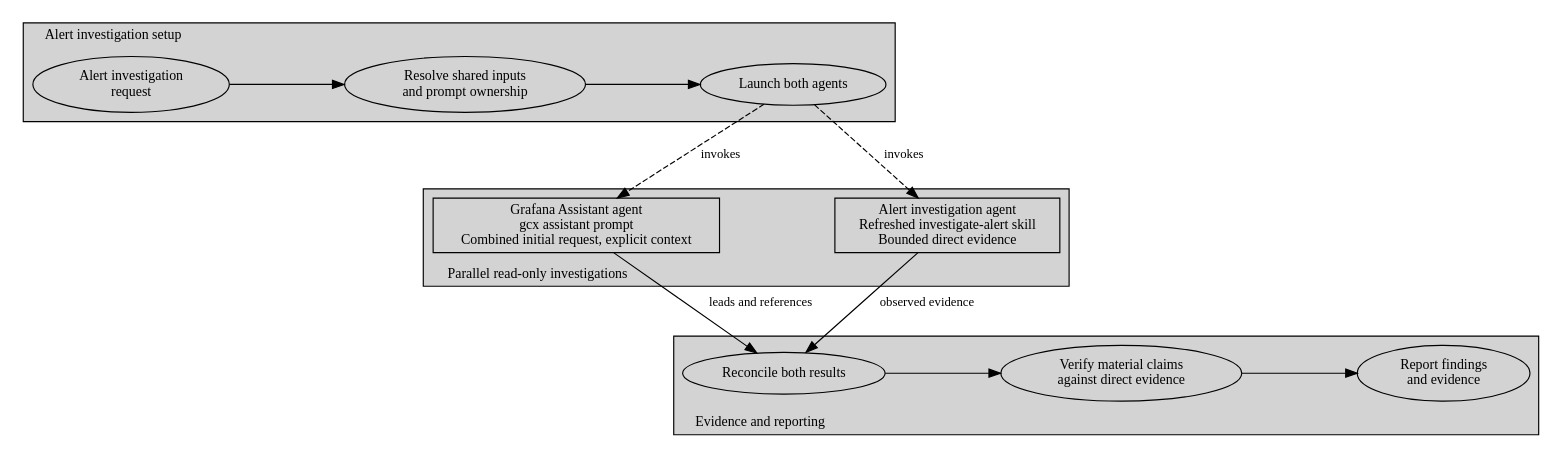
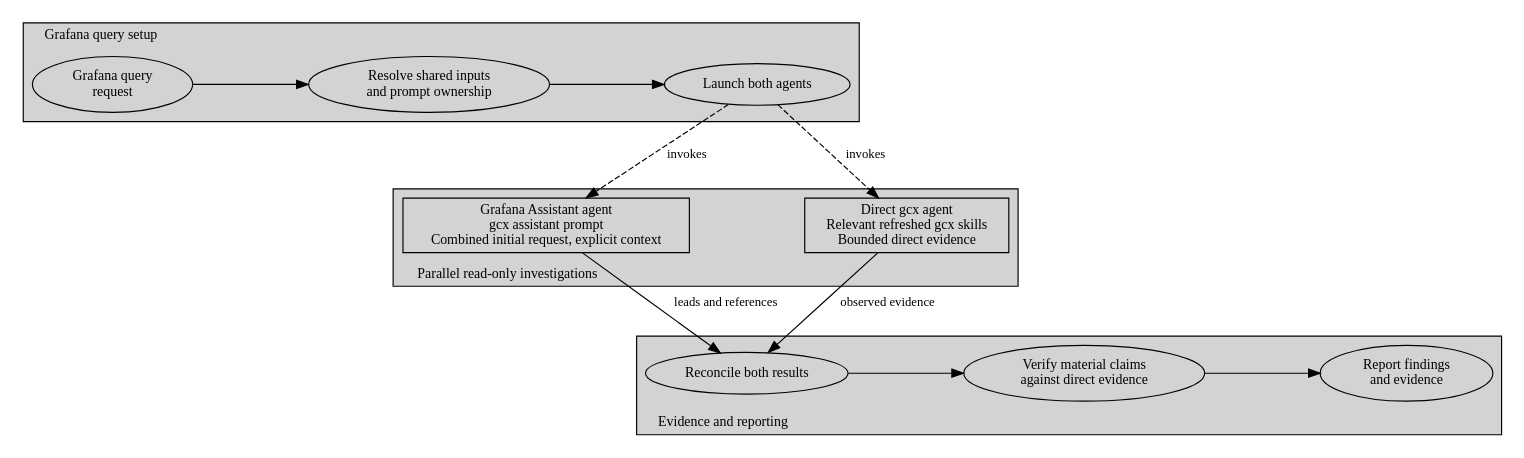
The diagram in diagrams/DIAGRAM-parallel-alert-investigation.dot (orenlion1/investigation-skills), drawn with Graphviz before and after one commit. The commit also changed 32 other files, not shown here.

Commit message:
feat: generalize parallel investigations to all Grafana queries (#66)

```diff
--- a/diagrams/DIAGRAM-parallel-alert-investigation.dot
+++ b/diagrams/DIAGRAM-parallel-alert-investigation.dot
@@ -1,40 +1,40 @@
 // Style reference: DIAGRAM-investigation-workflow.dot.
 // One canonical layout; render-workflow-diagram.sh supplies both palettes.
-digraph ParallelAlertInvestigation {
+digraph ParallelGrafanaInvestigation {
   rankdir=TB; newrank=true; compound=true;
   graph [fontname="Trebuchet MS", fontsize=12, splines=true,
          nodesep=0.7, ranksep=0.85];
   node [fontname="Trebuchet MS", fontsize=12, style=filled, height=0.5];
   edge [fontname="Trebuchet MS", fontsize=11];
 
   subgraph cluster_setup {
-    label="Alert investigation setup"; labeljust=l; style=filled;
-    request [shape=oval, label="Alert investigation\nrequest"];
+    label="Grafana query setup"; labeljust=l; style=filled;
+    request [shape=oval, label="Grafana query\nrequest"];
     resolve [shape=oval, label="Resolve shared inputs\nand prompt ownership"];
     launch [shape=oval, label="Launch both agents"];
     { rank=same; request; resolve; launch; }
     request -> resolve -> launch [weight=100];
   }
 
   subgraph cluster_parallel {
     label="Parallel read-only investigations"; labeljust=l; labelloc=b; style=filled;
     assistant [shape=box, label="Grafana Assistant agent\ngcx assistant prompt\nCombined initial request, explicit context"];
-    direct [shape=box, label="Alert investigation agent\nRefreshed investigate-alert skill\nBounded direct evidence"];
+    direct [shape=box, label="Direct gcx agent\nRelevant refreshed gcx skills\nBounded direct evidence"];
     { rank=same; assistant; direct; }
     assistant -> direct [style=invis, weight=100];
   }
 
   subgraph cluster_results {
     label="Evidence and reporting"; labeljust=l; labelloc=b; style=filled;
     reconcile [shape=oval, label="Reconcile both results"];
     verify [shape=oval, label="Verify material claims\nagainst direct evidence"];
     report [shape=oval, label="Report findings\nand evidence"];
     { rank=same; reconcile; verify; report; }
     reconcile -> verify -> report [weight=100];
   }
 
   launch -> assistant [label="  invokes", style=dashed];
   launch -> direct [label="  invokes", style=dashed];
   assistant -> reconcile [label="  leads and references"];
   direct -> reconcile [label="  observed evidence"];
 }
```
